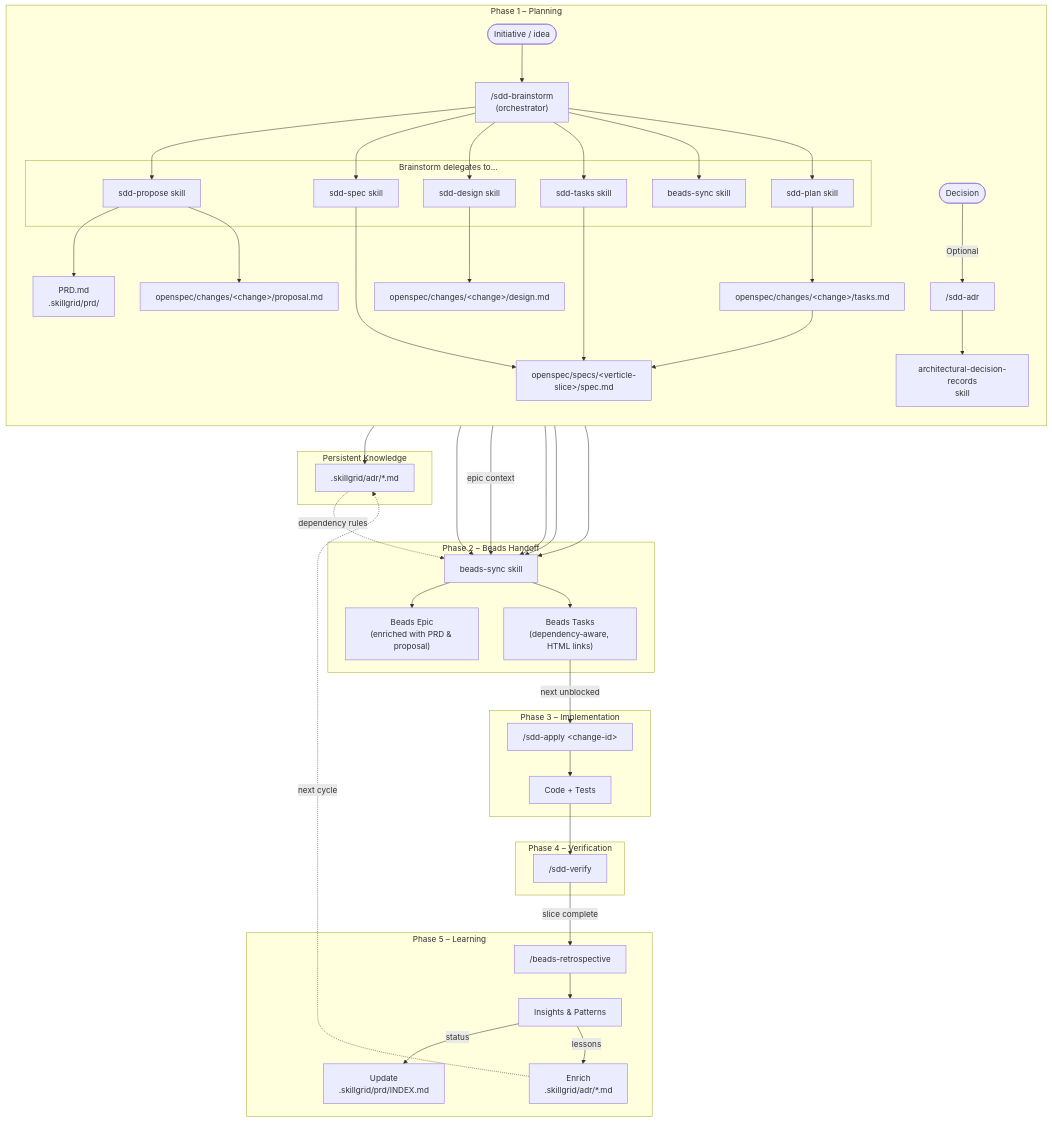
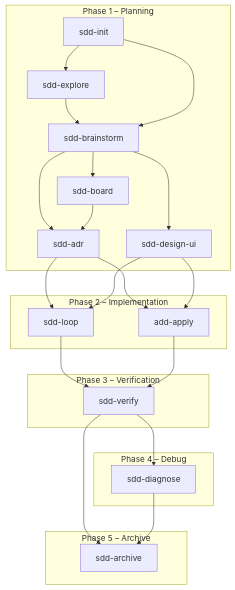
Before and after one commit to devopstales/aiskillgrid: the diagram in docs/03-skillgrid-logic.md, drawn with Mermaid. The commit also changed other lines of this file and 45 other files, not shown here.

````diff
--- a/docs/03-skillgrid-logic.md
+++ b/docs/03-skillgrid-logic.md
@@ -9,89 +9,42 @@
 ```mermaid
 flowchart TB
-  %% ── Planning Phase (from docs/skills.md) ──
+  SddAdr["sdd-adr"]
+  SddApply["add-apply"]
+  SddArchive["sdd-archive"]
+  SddBoard["sdd-board"]
+  SddBrainstorm["sdd-brainstorm"]
+  SddDesignUi["sdd-design-ui"]
+  SdddDiagnose["sdd-diagnose"]
+  SddExplore["sdd-explore"]
+  SddInit["sdd-init"]
+  SddLoop["sdd-loop"]
+  SddVerify["sdd-verify"]
+
   subgraph Planning["Phase 1 – Planning"]
-    direction TB
-    Decision(["Decision"])
-    ADR["/sdd-adr"]
-    AdrSkill["architectural-decision-records<br/>skill"]
-
-    Idea(["Initiative / idea"])
-
-    Brainstorm["/sdd-brainstorm<br/>(orchestrator)"]
-    subgraph BrainstormInternals["Brainstorm delegates to..."]
-      ProposeSkill["sdd-propose skill"]
-      SpecSkill["sdd-spec skill"]
-      DesignSkill["sdd-design skill"]
-      TasksSkill["sdd-tasks skill"]
-      PlanSkill["sdd-plan skill"]
-      BeadsSyncSkill1["beads-sync skill"]
-    end
-    PRD["PRD.md<br/>.skillgrid/prd/"]
-    Prop["openspec/changes/&lt;change&gt;/proposal.md"]
-    Tasks["openspec/changes/&lt;change&gt;/tasks.md"]
-    Design["openspec/changes/&lt;change&gt;/design.md"]
-    Specs["openspec/specs/&lt;verticle-slice&gt;/spec.md"]
+    SddInit --> SddExplore --> SddBrainstorm
+    SddInit --> SddBrainstorm
+    SddBrainstorm --> SddAdr
+    SddBrainstorm --> SddDesignUi
+    SddBrainstorm --> SddBoard --> SddAdr
   end
 
-  %% ── Beads Handoff Phase ──
-  subgraph Handoff["Phase 2 – Beads Handoff"]
-    BeadsSyncSkill2["beads-sync skill"]
-    Epic["Beads Epic<br/>(enriched with PRD &amp; proposal)"]
-    BeadsTasks["Beads Tasks<br/>(dependency‑aware, HTML links)"]
+  subgraph Implementation["Phase 2 – Implementation"]
+    SddAdr --> SddLoop
+    SddAdr --> SddApply
+    SddDesignUi --> SddLoop
+    SddDesignUi --> SddApply
   end
 
-  %% ── Implementation & Verification ──
-  subgraph Engineering["Phase 3 – Implementation"]
-    Impl["/sdd-apply &lt;change-id&gt;"]
-    Code["Code + Tests"]
+  subgraph Verification["Phase 3 – Verification"]
+    SddLoop --> SddVerify
+    SddApply --> SddVerify
+  end
+  subgraph Debug["Phase 4 – Debug"]
+    SddVerify --> SdddDiagnose
   end
 
-  subgraph VerifyPhase["Phase 4 – Verification"]
-    VerCmd["/sdd-verify"]
+  subgraph Archive["Phase 5 – Archive"]
+    SddVerify --> SddArchive
+    SdddDiagnose --> SddArchive
   end
-
-  %% ── Retrospective & Learning ──
-  subgraph Retro["Phase 5 – Learning"]
-    RetroCmd["/beads-retrospective"]
-    Insights["Insights &amp; Patterns"]
-    UpdateIndex["Update<br/>.skillgrid/prd/INDEX.md"]
-    UpdateDecisions["Enrich<br/>.skillgrid/adr/*.md"]
-  end
-
-  subgraph Knowledge["Persistent Knowledge"]
-    DecFile[".skillgrid/adr/*.md"]
-  end
-
-  %% Connections
-  Decision -->|Optional| ADR --> AdrSkill --> DecFile
-  Idea --> Brainstorm
-  Brainstorm --> ProposeSkill --> PRD
-  Brainstorm --> SpecSkill --> Specs 
-  Brainstorm --> DesignSkill --> Design
-  Brainstorm --> TasksSkill --> Specs
-  Brainstorm --> BeadsSyncSkill1 --> BeadsSyncSkill2
-
-  Brainstorm --> PlanSkill
-  ProposeSkill --> Prop
-  PlanSkill --> Tasks
-  Tasks --> Specs
-
-  PRD -->|epic context| BeadsSyncSkill2
-  Prop --> BeadsSyncSkill2
-  Tasks --> BeadsSyncSkill2
-  Specs --> BeadsSyncSkill2
-  DecFile -.->|dependency rules| BeadsSyncSkill2
-
-  BeadsSyncSkill2 --> Epic
-  BeadsSyncSkill2 --> BeadsTasks
-
-  BeadsTasks -->|next unblocked| Impl
-  Impl --> Code
-  Code --> VerCmd
-  VerCmd -->|slice complete| RetroCmd
-  RetroCmd --> Insights
-  Insights -->|status| UpdateIndex
-  Insights -->|lessons| UpdateDecisions
-
-  UpdateDecisions -.->|next cycle| DecFile
 ```
````
